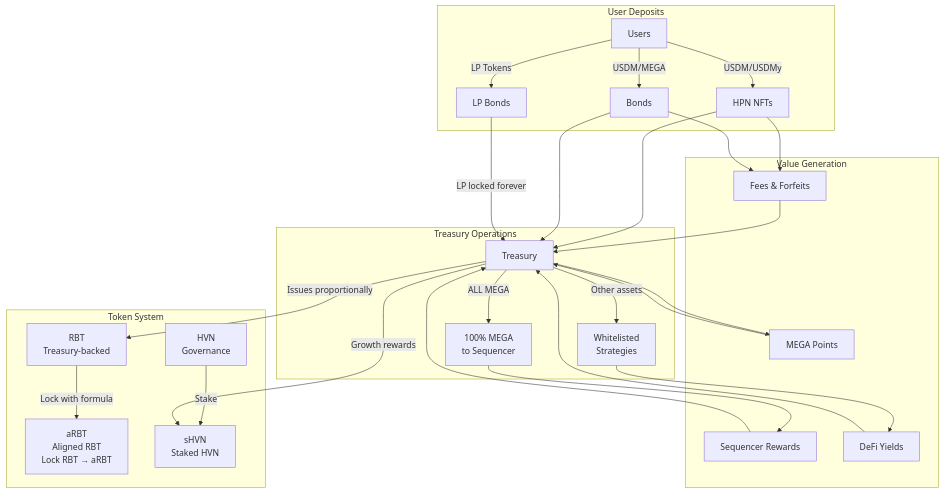
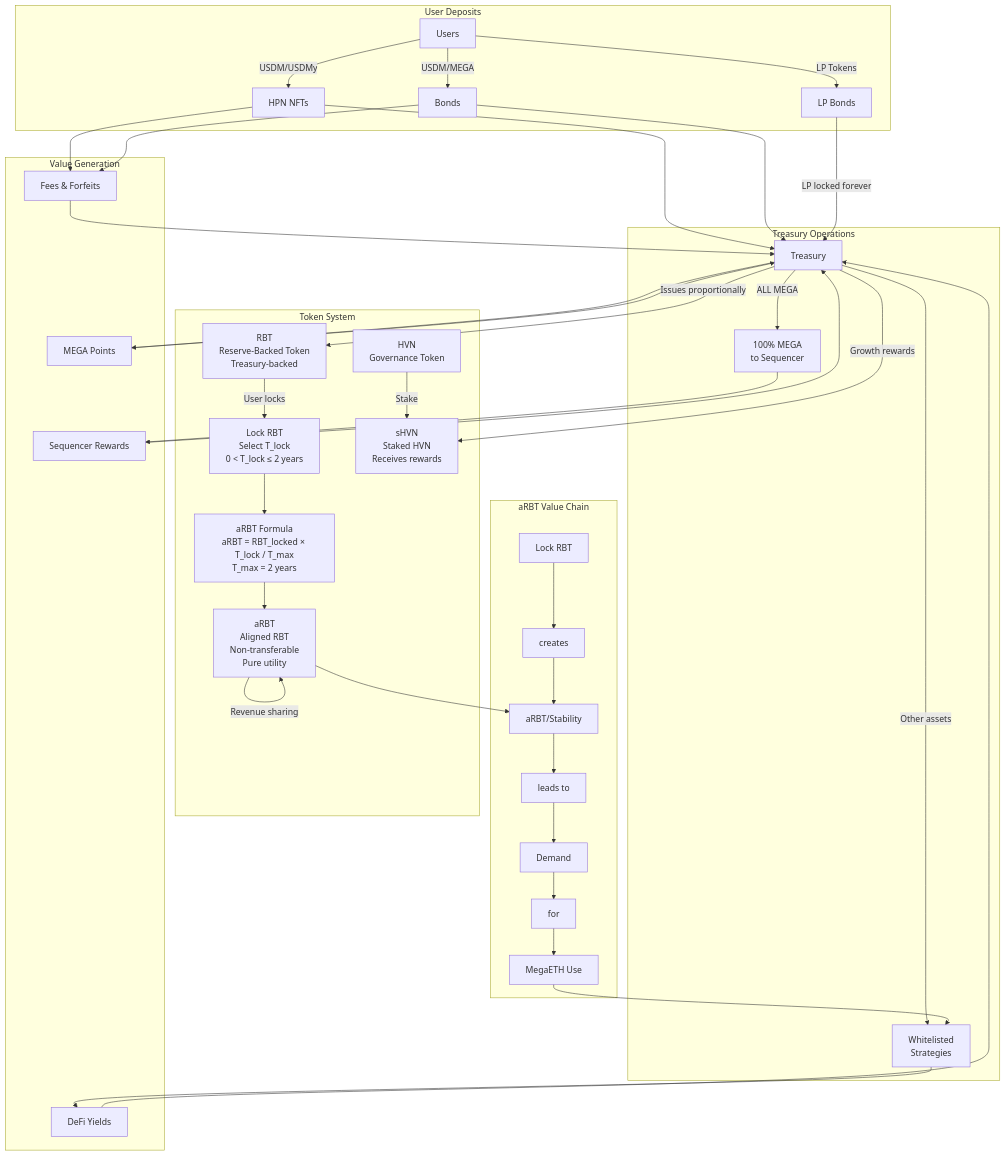
One commit to 0xJaehaerys/ohmega changed the sixth of 6 diagrams in blackhaven-corrected-diagrams.md. Above: the diagram before and after it, drawn with Mermaid. The commit also changed other lines of this file and 2 other files, not shown here.

Commit message:
Integrate aRBT formulas into existing diagrams
- Add aRBT formula to RBT System diagram in corrected diagrams
- Integrate value chain (Lock RBT в†’ aRBT/Stability в†’ Demand в†’ MegaETH Use) into diagrams
- Update Complete System Flow with aRBT lock mechanism and formula
- Update Complete Mechanics diagram with proper aRBT flow
- Show formula calculation step-by-step in architecture diagrams
- All based on official Blackhaven documentation formulas

````diff
--- a/blackhaven-corrected-diagrams.md
+++ b/blackhaven-corrected-diagrams.md
@@ -181,51 +192,77 @@
 ```mermaid
 graph TD
     subgraph "User Deposits"
         USERS[Users] -->|USDM/USDMy| HPN[HPN NFTs]
         USERS -->|USDM/MEGA| BONDS[Bonds]
         USERS -->|LP Tokens| LP_BONDS[LP Bonds]
     end
     
     subgraph "Treasury Operations"
         TREASURY[Treasury]
         MEGA_STAKE[100% MEGA<br/>to Sequencer]
         DEFI[Whitelisted<br/>Strategies]
     end
     
     subgraph "Value Generation"
         SEQ_REWARDS[Sequencer Rewards]
         DEFI_YIELD[DeFi Yields]
         POINTS[MEGA Points]
         FEES[Fees & Forfeits]
     end
     
     subgraph "Token System"
-        RBT[RBT<br/>Treasury-backed]
-        ARBT[aRBT<br/>Aligned RBT<br/>Lock RBT → aRBT]
-        HVN[HVN<br/>Governance]
-        sHVN[sHVN<br/>Staked HVN]
+        RBT[RBT<br/>Reserve-Backed Token<br/>Treasury-backed]
+        ARBT_LOCK[Lock RBT<br/>Select T_lock<br/>0 < T_lock ≤ 2 years]
+        ARBT_FORMULA[aRBT Formula<br/>aRBT = RBT_locked × T_lock / T_max<br/>T_max = 2 years]
+        ARBT[aRBT<br/>Aligned RBT<br/>Non-transferable<br/>Pure utility]
+        HVN[HVN<br/>Governance Token]
+        sHVN[sHVN<br/>Staked HVN<br/>Receives rewards]
+    end
+    
+    subgraph "aRBT Value Chain"
+        CHAIN1[Lock RBT]
+        CHAIN2[creates]
+        CHAIN3[aRBT/Stability]
+        CHAIN4[leads to]
+        CHAIN5[Demand]
+        CHAIN6[for]
+        CHAIN7[MegaETH Use]
     end
     
     HPN --> TREASURY
     BONDS --> TREASURY
     LP_BONDS -->|LP locked forever| TREASURY
     
     TREASURY -->|ALL MEGA| MEGA_STAKE
     TREASURY -->|Other assets| DEFI
     
     MEGA_STAKE --> SEQ_REWARDS
     DEFI --> DEFI_YIELD
     TREASURY --> POINTS
     HPN --> FEES
     BONDS --> FEES
     
     SEQ_REWARDS --> TREASURY
     DEFI_YIELD --> TREASURY
     POINTS --> TREASURY
     FEES --> TREASURY
     
     TREASURY -->|Issues proportionally| RBT
-    RBT -->|Lock with formula| ARBT
+    RBT -->|User locks| ARBT_LOCK
+    ARBT_LOCK --> ARBT_FORMULA
+    ARBT_FORMULA --> ARBT
+    
+    CHAIN1 --> CHAIN2
+    CHAIN2 --> CHAIN3
+    CHAIN3 --> CHAIN4
+    CHAIN4 --> CHAIN5
+    CHAIN5 --> CHAIN6
+    CHAIN6 --> CHAIN7
+    
+    ARBT --> CHAIN3
+    CHAIN7 --> DEFI
+    
     HVN -->|Stake| sHVN
     TREASURY -->|Growth rewards| sHVN
+    ARBT -->|Revenue sharing| ARBT
 ```
````
